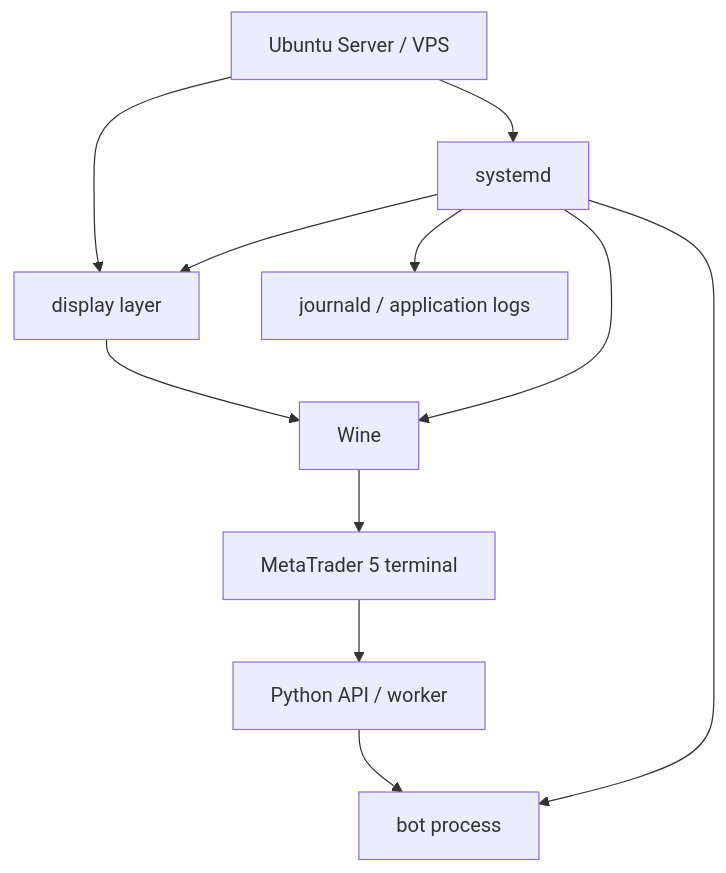
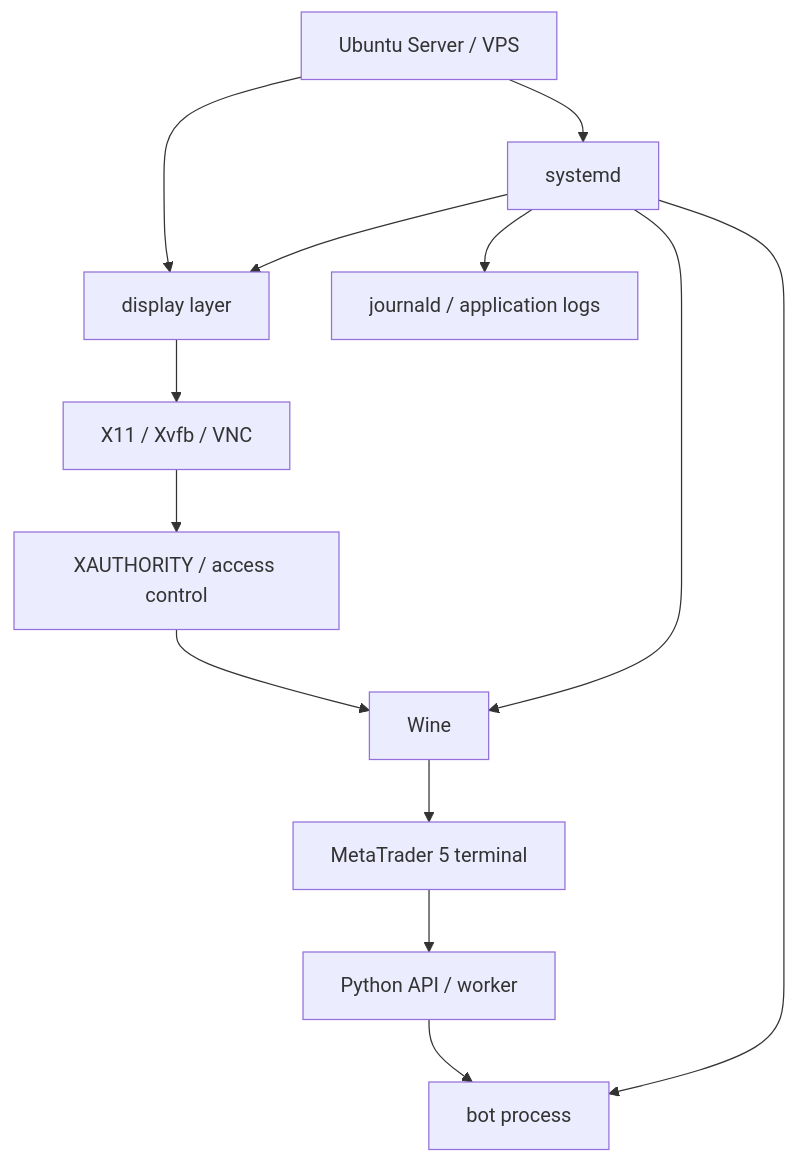
The diagram in articles/linux/mt5-ubuntu/00-series-overview.mdx (appar377/tech-note), drawn with Mermaid before and after one commit. The commit also changed other lines of this file and 49 other files, not shown here.

````diff
--- a/articles/linux/mt5-ubuntu/00-series-overview.mdx
+++ b/articles/linux/mt5-ubuntu/00-series-overview.mdx
@@ -104,13 +110,15 @@
 ```mermaid
 flowchart TD
   A["Ubuntu Server / VPS"] --> B["display layer"]
-  B --> C["Wine"]
-  C --> D["MetaTrader 5 terminal"]
-  D --> E["Python API / worker"]
-  E --> F["bot process"]
+  B --> C["X11 / Xvfb / VNC"]
+  C --> D["XAUTHORITY / access control"]
+  D --> E["Wine"]
+  E --> F["MetaTrader 5 terminal"]
+  F --> H["Python API / worker"]
+  H --> I["bot process"]
   A --> G["systemd"]
   G --> B
-  G --> C
-  G --> F
-  G --> H["journald / application logs"]
+  G --> E
+  G --> I
+  G --> J["journald / application logs"]
 ```
````
